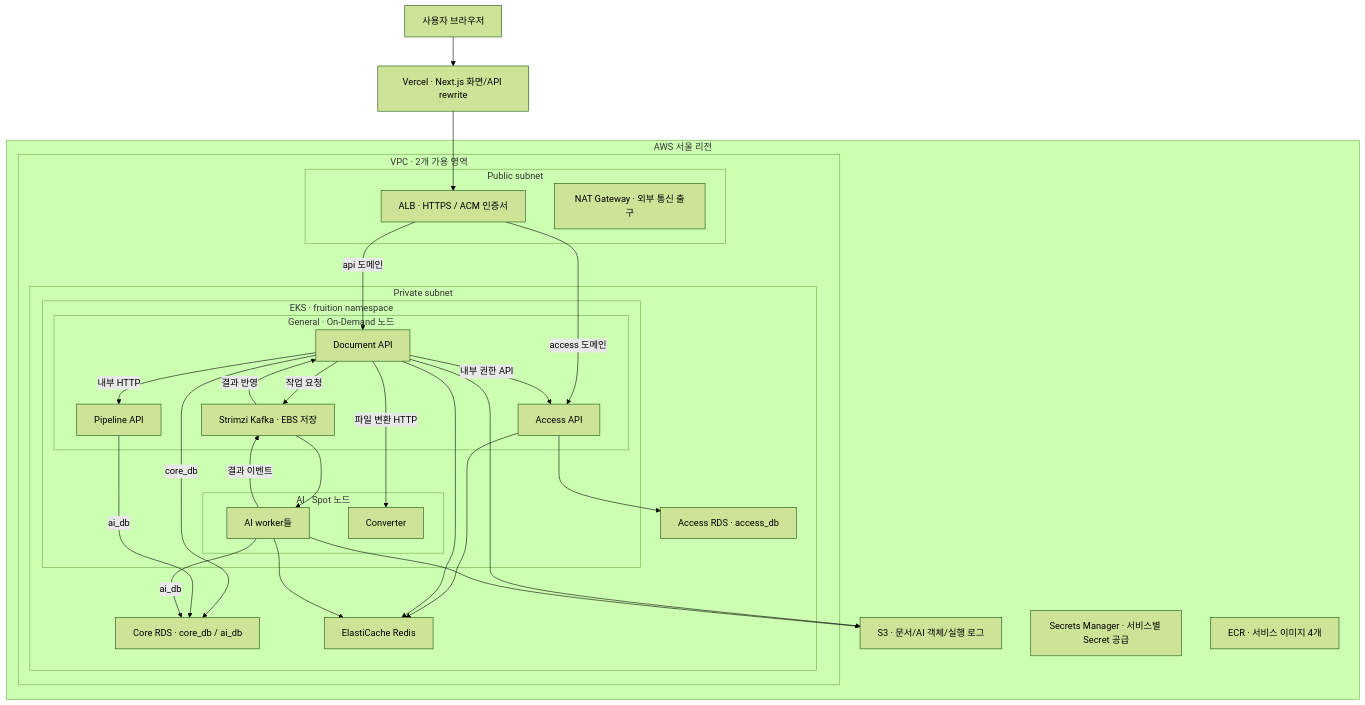
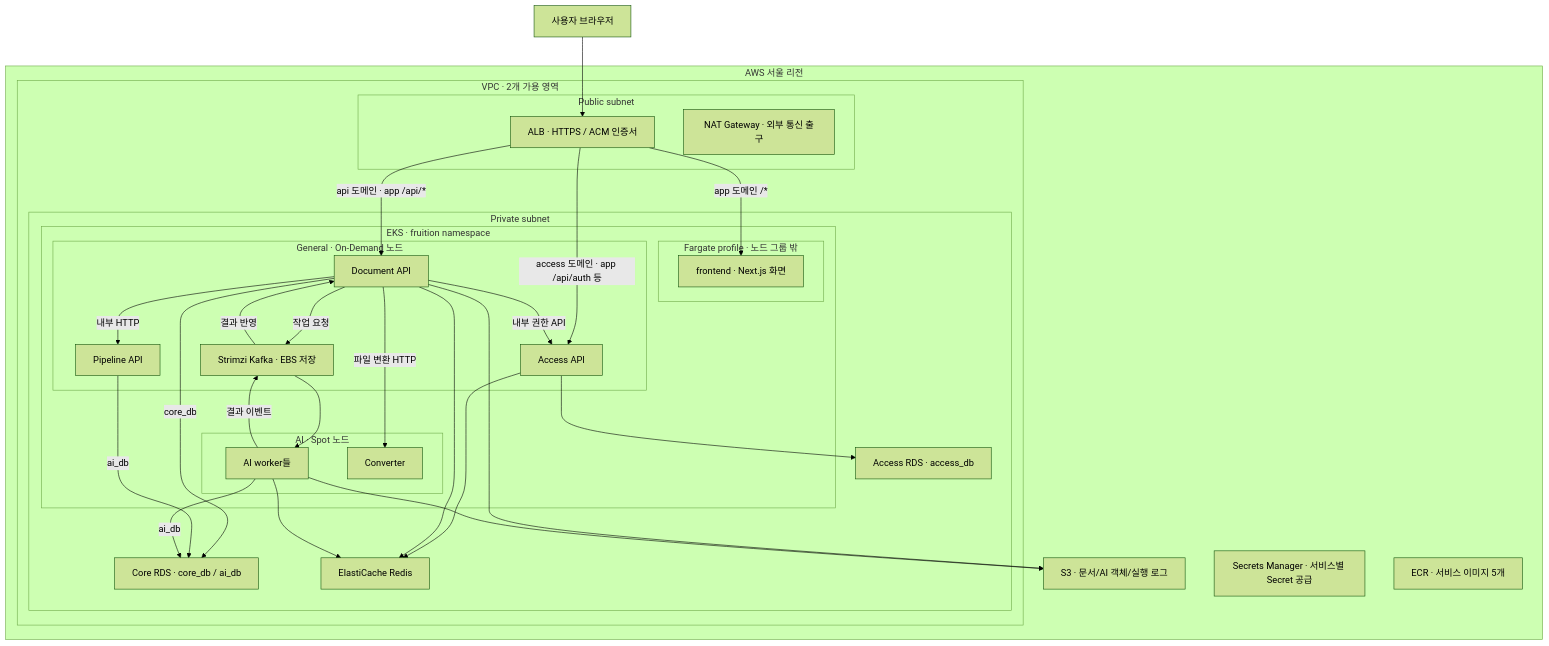
Before and after one commit to FruitionKR/Fruition-flatform: the second of 3 diagrams in docs/architecture.md, drawn with Mermaid (forest theme). The commit also changed other lines of this file and 30 other files, not shown here.

````diff
--- a/docs/architecture.md
+++ b/docs/architecture.md
@@ -142,51 +142,54 @@
 ```mermaid
 flowchart TB
-    user["사용자 브라우저"] --> frontend["Vercel · Next.js 화면/API rewrite"]
-    frontend --> alb
+    user["사용자 브라우저"] --> alb
     subgraph aws["AWS 서울 리전"]
         subgraph vpc["VPC · 2개 가용 영역"]
             subgraph public["Public subnet"]
                 alb["ALB · HTTPS / ACM 인증서"]
                 nat["NAT Gateway · 외부 통신 출구"]
             end
             subgraph private["Private subnet"]
                 subgraph eks["EKS · fruition namespace"]
+                    subgraph fargate["Fargate profile · 노드 그룹 밖"]
+                        frontend["frontend · Next.js 화면"]
+                    end
                     subgraph general["General · On-Demand 노드"]
                         access["Access API"]
                         document["Document API"]
                         pipeline["Pipeline API"]
                         kafka["Strimzi Kafka · EBS 저장"]
                     end
                     subgraph spot["AI · Spot 노드"]
                         workers["AI worker들"]
                         converter["Converter"]
                     end
                 end
                 accessdb["Access RDS · access_db"]
                 coredb["Core RDS · core_db / ai_db"]
                 redis["ElastiCache Redis"]
             end
         end
         s3["S3 · 문서/AI 객체/실행 로그"]
         secrets["Secrets Manager · 서비스별 Secret 공급"]
-        ecr["ECR · 서비스 이미지 4개"]
+        ecr["ECR · 서비스 이미지 5개"]
     end
-    alb -->|"access 도메인"| access
-    alb -->|"api 도메인"| document
+    alb -->|"app 도메인 /*"| frontend
+    alb -->|"access 도메인 · app /api/auth 등"| access
+    alb -->|"api 도메인 · app /api/*"| document
     document -->|"내부 권한 API"| access
     document -->|"내부 HTTP"| pipeline
     document -->|"파일 변환 HTTP"| converter
     document -->|"작업 요청"| kafka
     kafka --> workers
     workers -->|"결과 이벤트"| kafka
     kafka -->|"결과 반영"| document
     access --> accessdb
     document -->|"core_db"| coredb
     pipeline -->|"ai_db"| coredb
     workers -->|"ai_db"| coredb
     access --> redis
     document --> redis
     workers --> redis
     document --> s3
     workers --> s3
 ```
````
